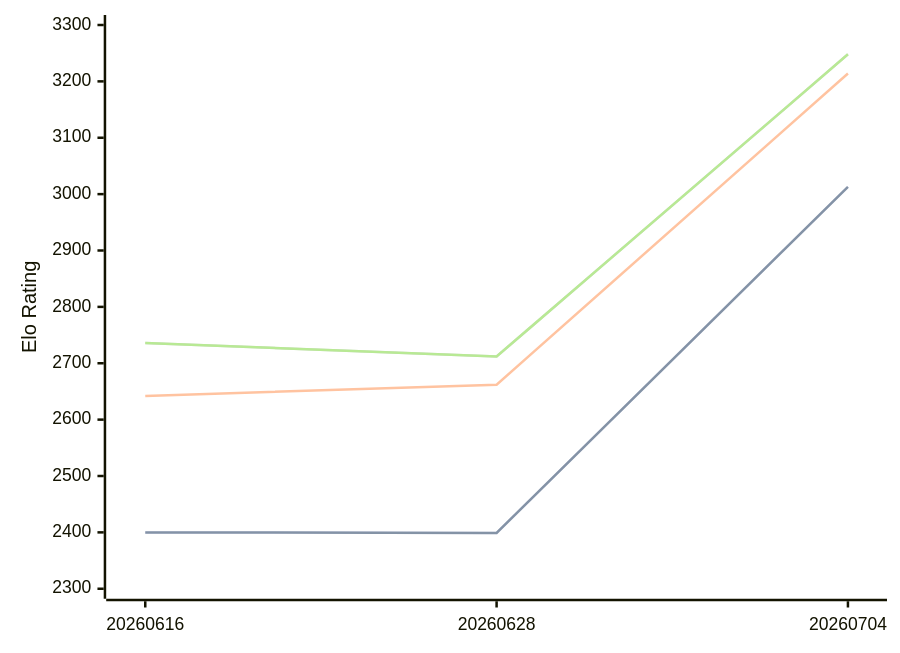
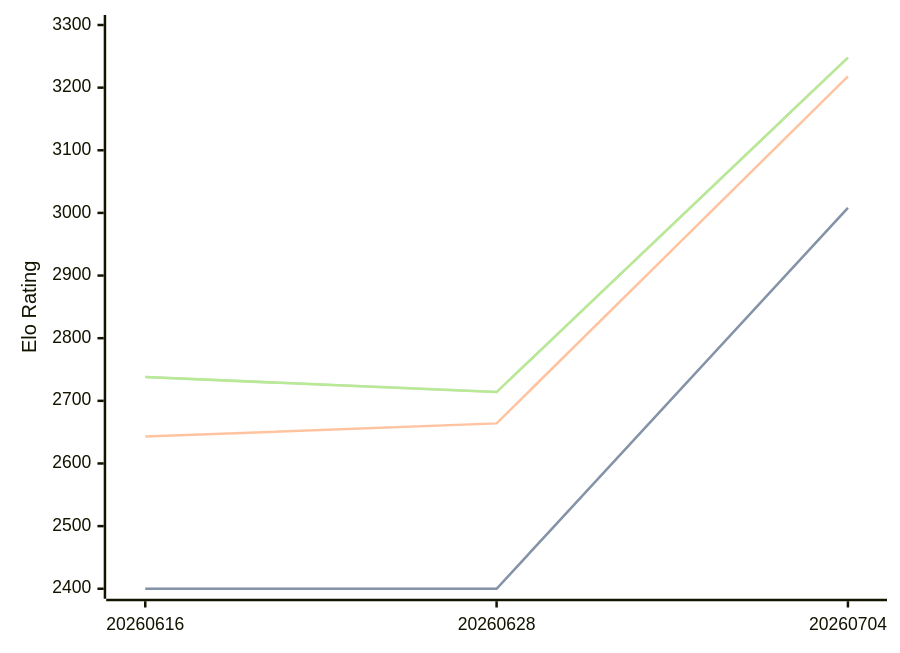
Before and after one commit to computer-chess-index/cci: the third of 3 diagrams in engines/Askaig.md, drawn with Mermaid. The commit also changed other lines of this file, not shown here.

Commit message:
Update CCI Ratings (ELO VLTC) - 2026-07-13

````diff
--- a/engines/Askaig.md
+++ b/engines/Askaig.md
@@ -68,11 +68,11 @@
 ```mermaid
 %%{init: {"theme":"base","themeVariables":{"seriesColors:['#a3a3a3','#222221','#faa371']}}}%%
 xychart-beta
   x-axis ["20260616", "20260628", "20260704"]
-  y-axis "Elo Rating" 2300 --> 3300
-  line "STC (8.0+0.08s)" [2400, 2399, 3013]
-  line "STC (8.0+0.08s)" [2400, 2399, 3013]
-  line "LTC (60.0+0.60s)" [2642, 2662, 3214]
-  line "VLTC (2m24s+1.12s)" [2736, 2712, 3248]
-  line "VLTC (2m24s+1.12s)" [2736, 2712, 3248]
+  y-axis "Elo Rating" 2400 --> 3300
+  line "STC (8.0+0.08s)" [2400, 2400, 3008]
+  line "STC (8.0+0.08s)" [2400, 2400, 3008]
+  line "LTC (60.0+0.60s)" [2643, 2664, 3218]
+  line "VLTC (2m24s+1.12s)" [2738, 2714, 3248]
+  line "VLTC (2m24s+1.12s)" [2738, 2714, 3248]
 ```
````
